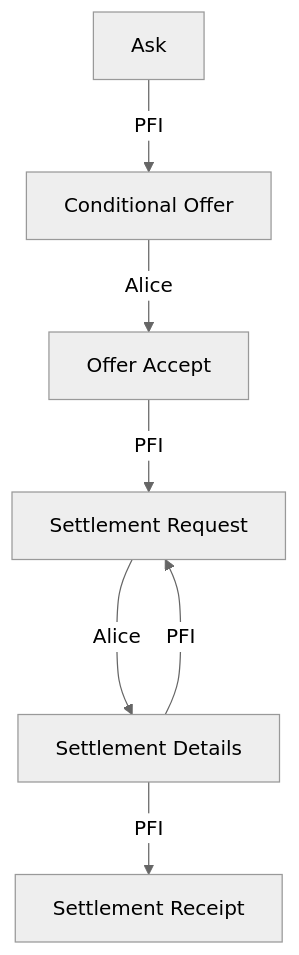
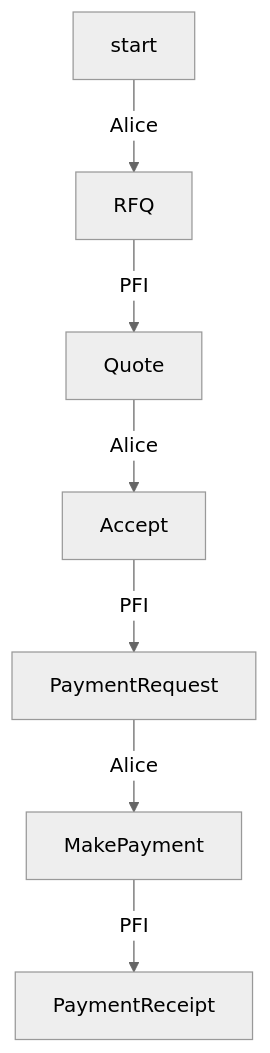
Before and after one commit to TBD54566975/tbdex: the diagram in protocol/README.md, drawn with Mermaid (neutral theme). The commit also changed other lines of this file, not shown here.

````diff
--- a/protocol/README.md
+++ b/protocol/README.md
@@ -101,11 +145,11 @@
 ```mermaid
 flowchart TD
     accTitle: State Machine of Message Thread
     accDescr: Possible state sequences for a message thread
-    Ask --> |PFI| COND_OFFER[Conditional Offer]
-    COND_OFFER --> |Alice| OFFER_ACCEPT[Offer Accept]
-    OFFER_ACCEPT --> |PFI| SETTL_REQ[Settlement Request]
-    SETTL_REQ --> |Alice| SETTL_DETAIL[Settlement Details]
-    SETTL_DETAIL ---> |PFI| SETTL_REQ
-    SETTL_DETAIL --> |PFI| SETTL_RECEIPT[Settlement Receipt]
+    start --> |Alice| RFQ
+    RFQ --> |PFI| Quote
+    Quote --> |Alice| Accept
+    Accept --> |PFI| PaymentRequest
+    PaymentRequest --> |Alice| MakePayment
+    MakePayment --> |PFI| PaymentReceipt
 ```
````
